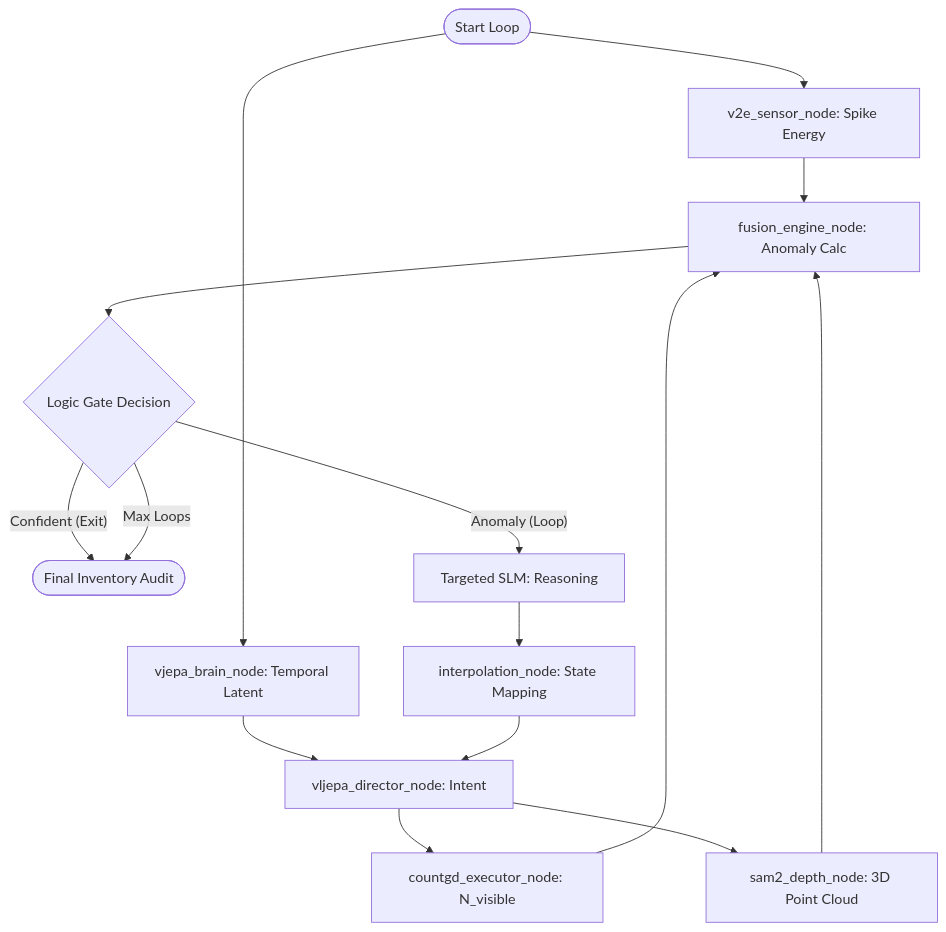
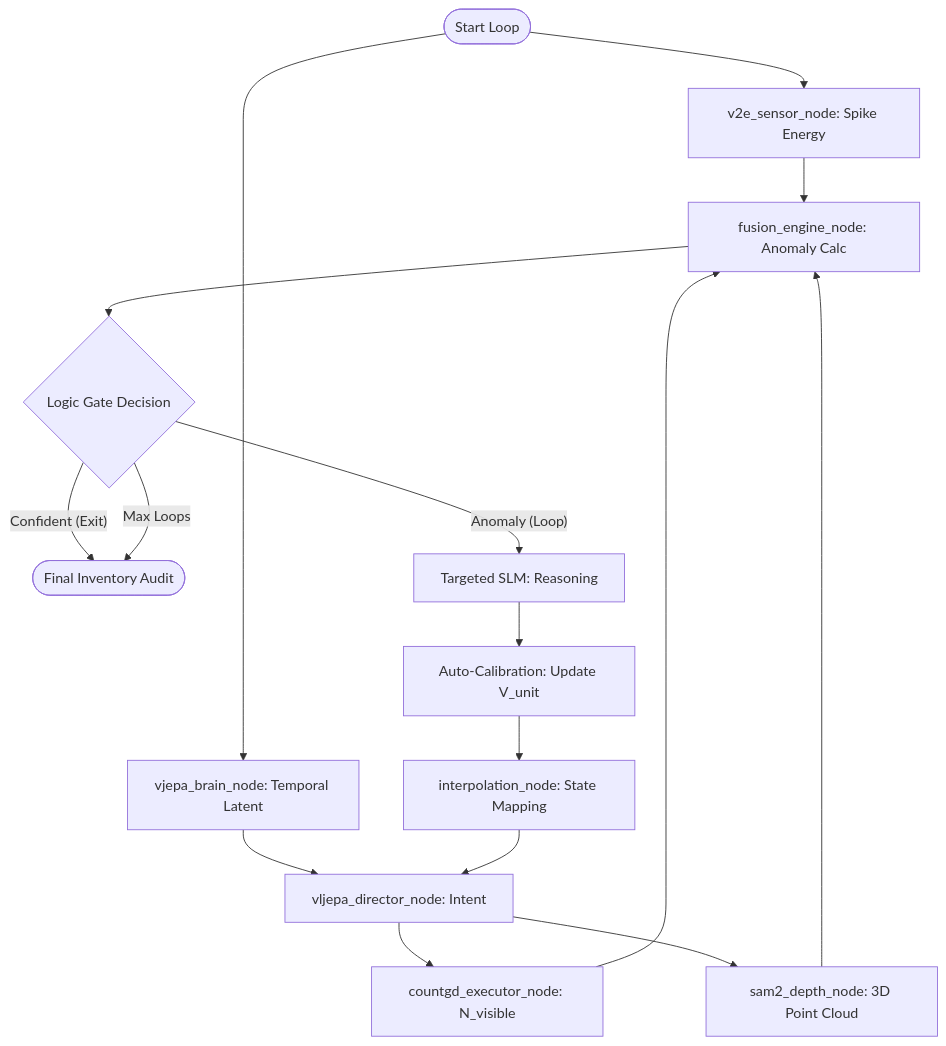
One commit to Yonnnnnnnnn/numeri-vjepa-experiment changed the diagram in Flow_Chart.md. Above: the diagram before and after it, drawn with Mermaid. The commit also changed 2 other files, not shown here.

Commit message:
docs: sync Tech Docs with volumetric auto-calibration and reasoning flow

````diff
--- a/Flow_Chart.md
+++ b/Flow_Chart.md
@@ -24,26 +24,25 @@
 ```mermaid
 flowchart TD
     Start([Start Loop]) --> v2e_sensor_node[v2e_sensor_node: Spike Energy]
     Start --> vjepa_brain_node[vjepa_brain_node: Temporal Latent]
 
     vjepa_brain_node --> vljepa_director_node[vljepa_director_node: Intent]
 
     vljepa_director_node --> countgd_executor_node[countgd_executor_node: N_visible]
     vljepa_director_node --> sam2_depth_node[sam2_depth_node: 3D Point Cloud]
 
     countgd_executor_node --> fusion_engine_node[fusion_engine_node: Anomaly Calc]
     sam2_depth_node --> fusion_engine_node
     v2e_sensor_node --> fusion_engine_node
 
     fusion_engine_node --> logic_gate_node{Logic Gate Decision}
 
     logic_gate_node -- "Confident (Exit)" --> End([Final Inventory Audit])
 
     logic_gate_node -- "Anomaly (Loop)" --> targeted_slm_node[Targeted SLM: Reasoning]
-
-    targeted_slm_node --> interpolation_node[interpolation_node: State Mapping]
-
+    targeted_slm_node --> calib[Auto-Calibration: Update V_unit]
+    calib --> interpolation_node[interpolation_node: State Mapping]
     interpolation_node --> vljepa_director_node
 
     logic_gate_node -- "Max Loops" --> End
 ```
````
